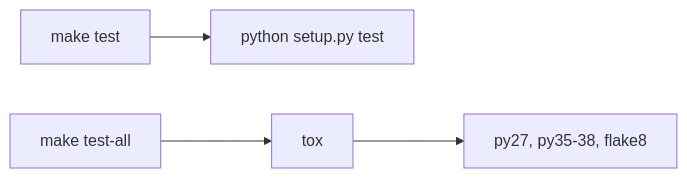
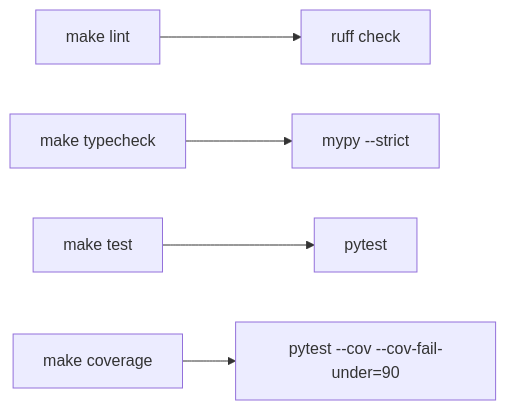
Before and after one commit to frankenwino/step_motor_28byj_48: the sixth of 7 diagrams in .agents/summary/workflows.md, drawn with Mermaid. The commit also changed other lines of this file and 8 other files, not shown here.

````diff
--- a/.agents/summary/workflows.md
+++ b/.agents/summary/workflows.md
@@ -65,6 +89,7 @@
 ```mermaid
 flowchart LR
-    A[make test] --> B[python setup.py test]
-    C[make test-all] --> D[tox]
-    D --> E[py27, py35-38, flake8]
+    A[make lint] --> B[ruff check]
+    C[make typecheck] --> D[mypy --strict]
+    E[make test] --> F[pytest]
+    G[make coverage] --> H[pytest --cov --cov-fail-under=90]
 ```
````
